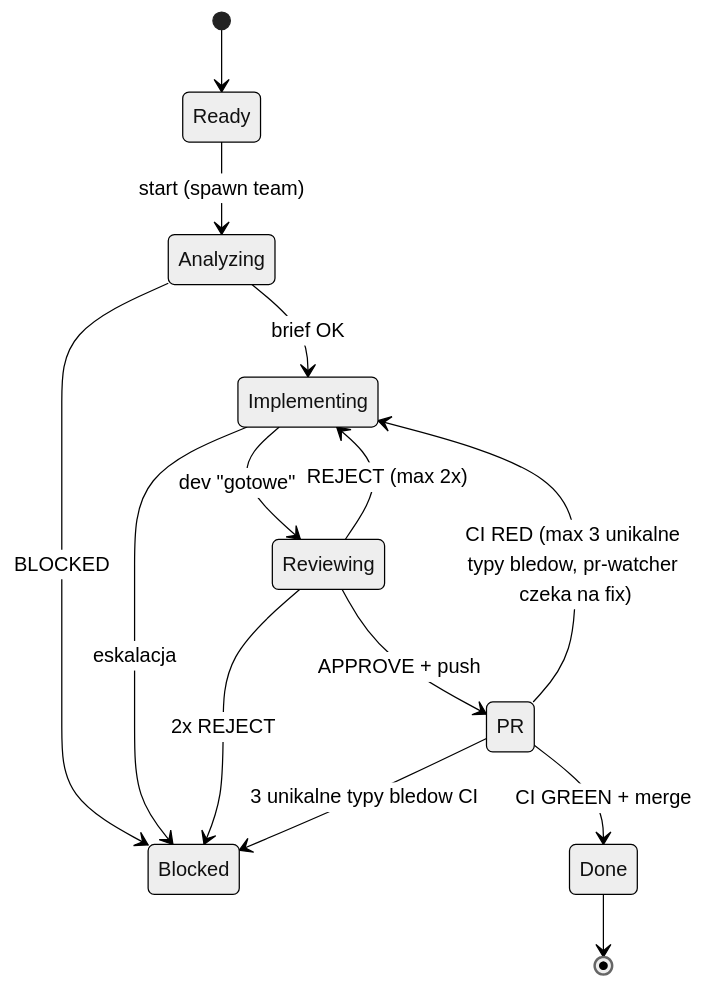
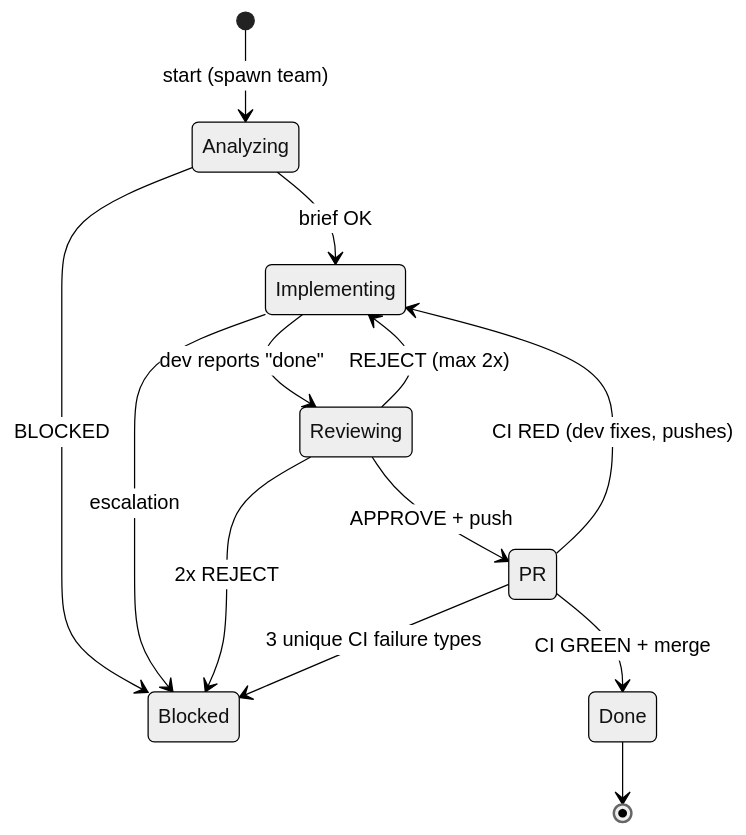
One commit to hubertciebiada/fleet-commander changed the diagram in templates/workflow.md. Above: the diagram before and after it, drawn with Mermaid (neutral theme). The commit also changed other lines of this file and 15 other files, not shown here.

````diff
--- a/templates/workflow.md
+++ b/templates/workflow.md
@@ -30,16 +53,15 @@
 ```mermaid
 stateDiagram-v2
-    [*] --> Ready
-    Ready --> Analyzing : start (spawn team)
+    [*] --> Analyzing : start (spawn team)
     Analyzing --> Implementing : brief OK
     Analyzing --> Blocked : BLOCKED
-    Implementing --> Reviewing : dev "gotowe"
+    Implementing --> Reviewing : dev reports "done"
     Reviewing --> Implementing : REJECT (max 2x)
     Reviewing --> PR : APPROVE + push
     PR --> Done : CI GREEN + merge
-    PR --> Implementing : CI RED (max 3 unikalne typy bledow, pr-watcher czeka na fix)
-    Implementing --> Blocked : eskalacja
+    PR --> Implementing : CI RED (dev fixes, pushes)
+    Implementing --> Blocked : escalation
     Reviewing --> Blocked : 2x REJECT
-    PR --> Blocked : 3 unikalne typy bledow CI
+    PR --> Blocked : 3 unique CI failure types
     Done --> [*]
 ```
````
